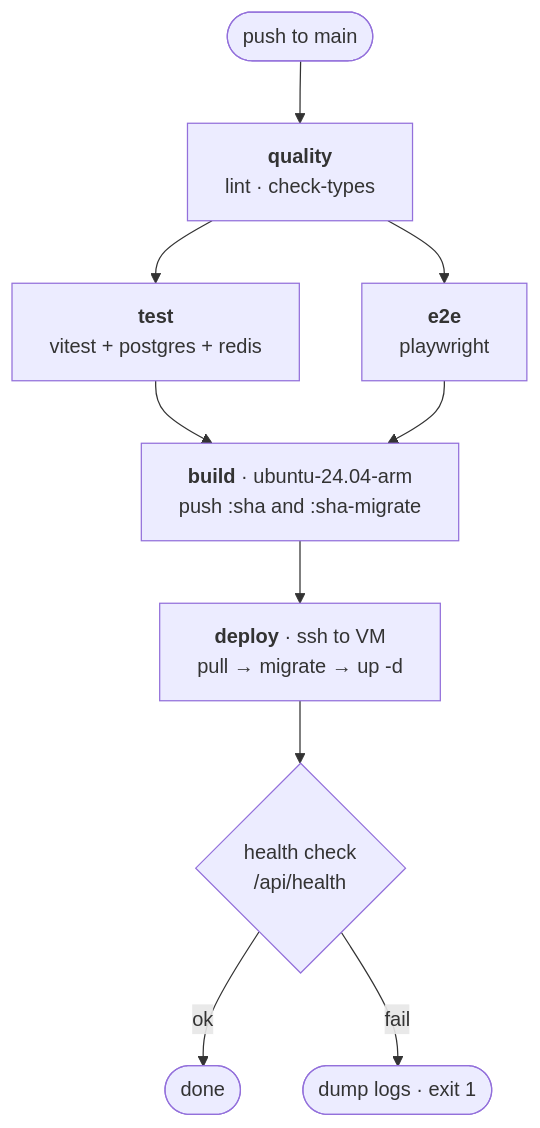
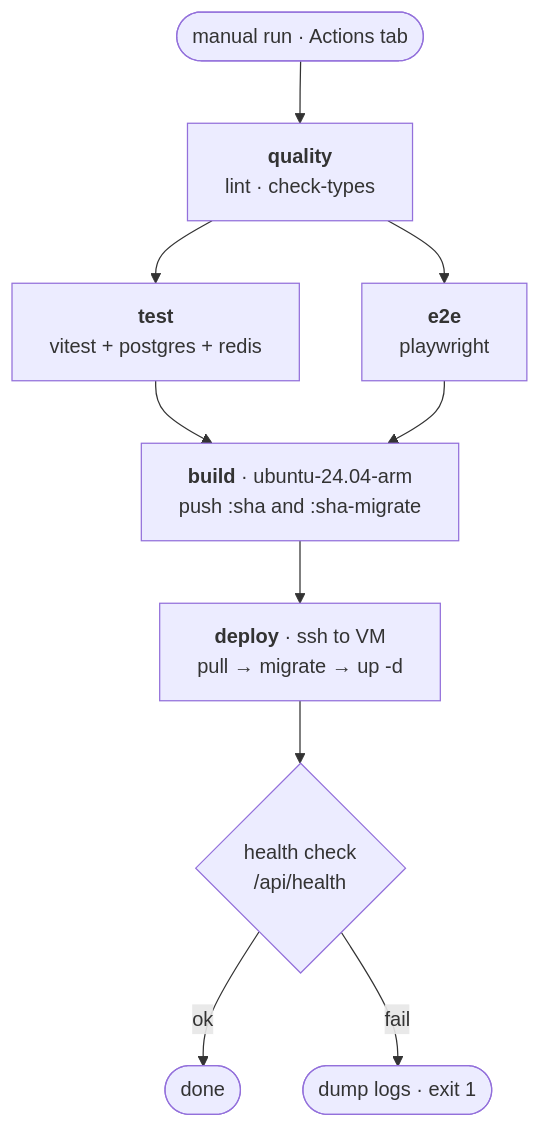
One commit to elx3020/collboard changed the third of 3 diagrams in DEPLOYMENT.md. Above: the diagram before and after it, drawn with Mermaid. The commit also changed 4 other files, not shown here.

````diff
--- a/DEPLOYMENT.md
+++ b/DEPLOYMENT.md
@@ -184,12 +184,12 @@
 ```mermaid
 flowchart TD
-    PUSH([push to main]) --> Q["<b>quality</b><br/>lint · check-types"]
+    PUSH([manual run · Actions tab]) --> Q["<b>quality</b><br/>lint · check-types"]
     Q --> T["<b>test</b><br/>vitest + postgres + redis"]
     Q --> E["<b>e2e</b><br/>playwright"]
     T --> BLD
     E --> BLD
     BLD["<b>build</b> · ubuntu-24.04-arm<br/>push :sha and :sha-migrate"] --> DEP
     DEP["<b>deploy</b> · ssh to VM<br/>pull → migrate → up -d"] --> HC{"health check<br/>/api/health"}
     HC -->|ok| DONE([done])
     HC -->|fail| LOGS([dump logs · exit 1])
 ```
````
